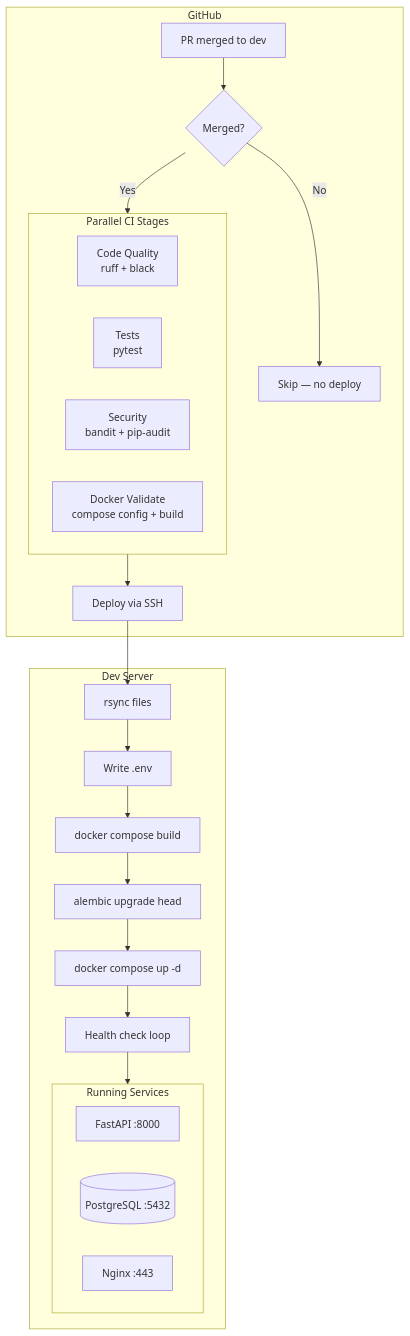
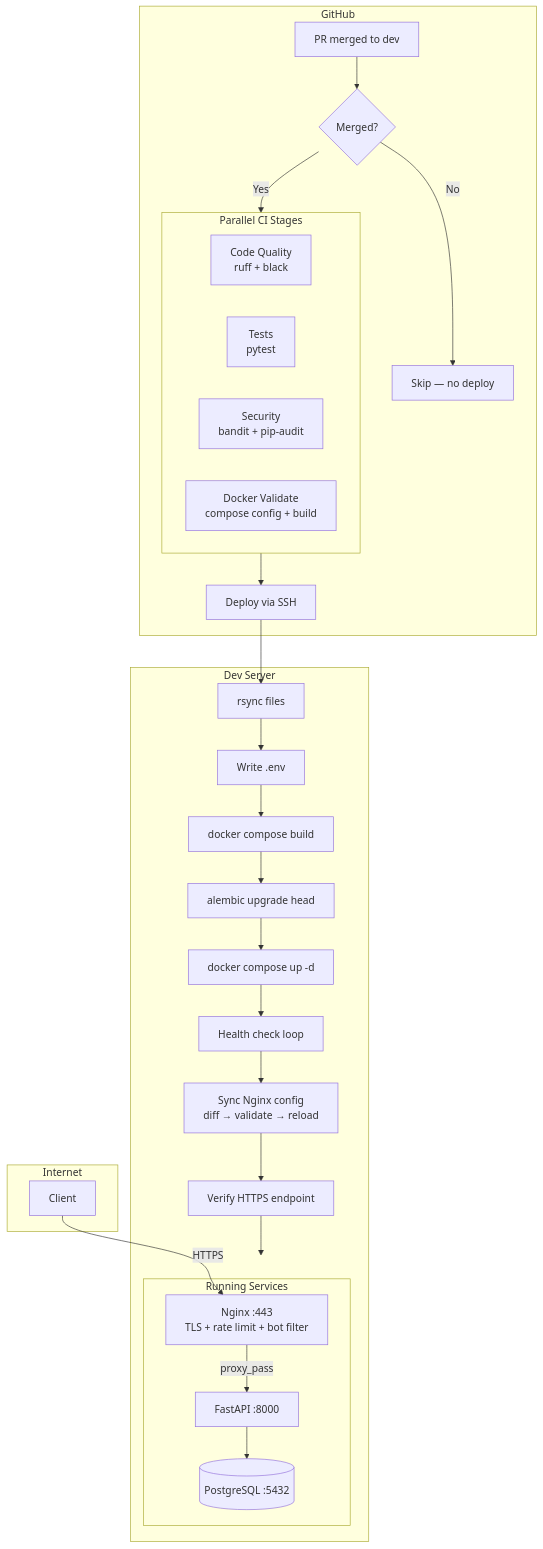
Before and after one commit to matsindect/classwallet-backend: the third of 3 diagrams in docs/ci-cd-pipeline.md, drawn with Mermaid. The commit also changed other lines of this file and 7 other files, not shown here.

````diff
--- a/docs/ci-cd-pipeline.md
+++ b/docs/ci-cd-pipeline.md
@@ -591,34 +695,40 @@
 ```mermaid
 flowchart TB
     subgraph "GitHub"
         PR[PR merged to dev] --> Gate{Merged?}
         Gate -->|No| Skip[Skip — no deploy]
         Gate -->|Yes| Parallel
 
         subgraph Parallel["Parallel CI Stages"]
             Q[Code Quality<br>ruff + black]
             T[Tests<br>pytest]
             S[Security<br>bandit + pip-audit]
             D[Docker Validate<br>compose config + build]
         end
 
         Parallel --> Deploy[Deploy via SSH]
     end
 
     subgraph "Dev Server"
         Deploy --> Rsync[rsync files]
         Rsync --> Env[Write .env]
         Env --> Build[docker compose build]
         Build --> Migrate[alembic upgrade head]
         Migrate --> Up[docker compose up -d]
         Up --> Health[Health check loop]
+        Health --> NginxSync[Sync Nginx config<br>diff → validate → reload]
+        NginxSync --> Verify[Verify HTTPS endpoint]
 
         subgraph Services["Running Services"]
-            API[FastAPI :8000]
-            DB[(PostgreSQL :5432)]
-            Nginx[Nginx :443]
+            Nginx["Nginx :443<br>TLS + rate limit + bot filter"]
+            Nginx -->|proxy_pass| API[FastAPI :8000]
+            API --> DB[(PostgreSQL :5432)]
         end
 
-        Health --> Services
+        Verify --> Services
+    end
+
+    subgraph "Internet"
+        Client[Client] -->|HTTPS| Nginx
     end
 ```
````
